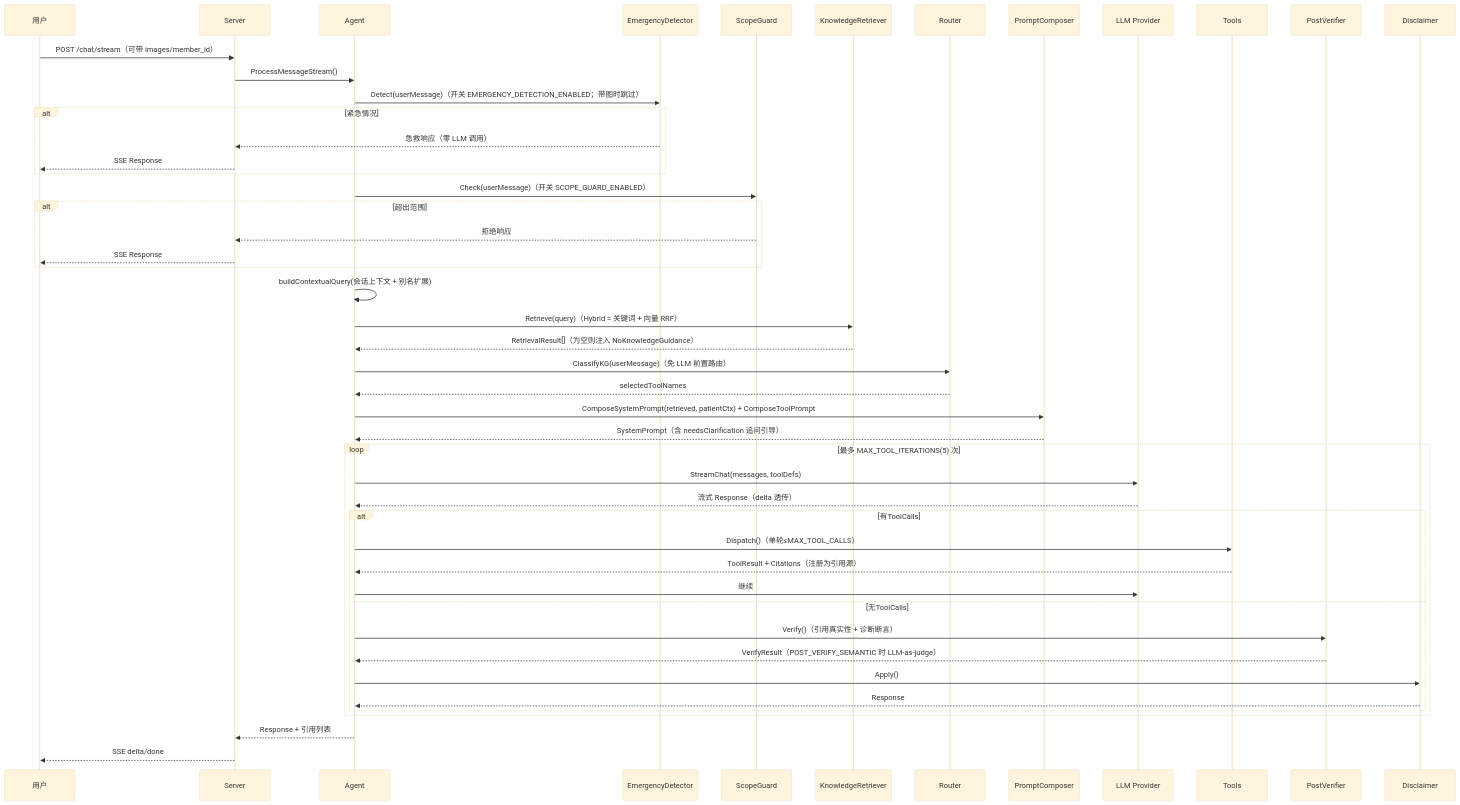
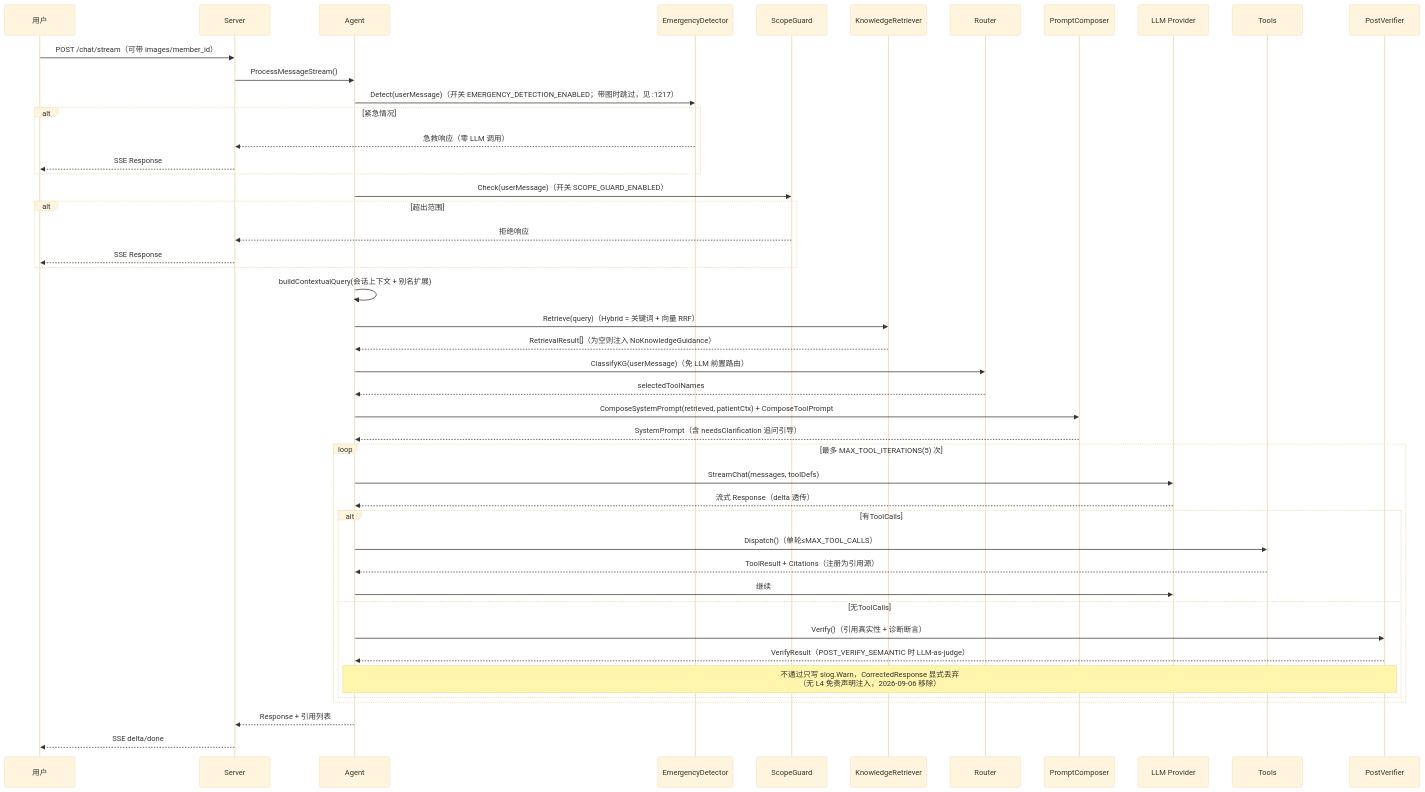
The seventh of 7 diagrams in docs/architecture.md (deep2code/doctor-agent), drawn with Mermaid (base theme) before and after one commit. The commit also changed other lines of this file and 22 other files, not shown here.

````diff
--- a/docs/architecture.md
+++ b/docs/architecture.md
@@ -275,58 +286,56 @@
 ```mermaid
 sequenceDiagram
     participant U as 用户
     participant S as Server
     participant A as Agent
     participant E as EmergencyDetector
     participant SC as ScopeGuard
     participant KR as KnowledgeRetriever
     participant R as Router
     participant PC as PromptComposer
     participant LLM as LLM Provider
     participant T as Tools
     participant PV as PostVerifier
-    participant D as Disclaimer
 
     U->>S: POST /chat/stream（可带 images/member_id）
     S->>A: ProcessMessageStream()
 
-    A->>E: Detect(userMessage)（开关 EMERGENCY_DETECTION_ENABLED；带图时跳过）
+    A->>E: Detect(userMessage)（开关 EMERGENCY_DETECTION_ENABLED；带图时跳过，见 :1217）
     alt 紧急情况
         E-->>S: 急救响应（零 LLM 调用）
         S-->>U: SSE Response
     end
 
     A->>SC: Check(userMessage)（开关 SCOPE_GUARD_ENABLED）
     alt 超出范围
         SC-->>S: 拒绝响应
         S-->>U: SSE Response
     end
 
     A->>A: buildContextualQuery(会话上下文 + 别名扩展)
     A->>KR: Retrieve(query)（Hybrid = 关键词 + 向量 RRF）
     KR-->>A: RetrievalResult[]（为空则注入 NoKnowledgeGuidance）
 
     A->>R: ClassifyKG(userMessage)（免 LLM 前置路由）
     R-->>A: selectedToolNames
     A->>PC: ComposeSystemPrompt(retrieved, patientCtx) + ComposeToolPrompt
     PC-->>A: SystemPrompt（含 needsClarification 追问引导）
 
     loop 最多 MAX_TOOL_ITERATIONS(5) 次
         A->>LLM: StreamChat(messages, toolDefs)
         LLM-->>A: 流式 Response（delta 透传）
 
         alt 有ToolCalls
             A->>T: Dispatch()（单轮≤MAX_TOOL_CALLS）
             T-->>A: ToolResult + Citations（注册为引用源）
             A->>LLM: 继续
         else 无ToolCalls
             A->>PV: Verify()（引用真实性 + 诊断断言）
             PV-->>A: VerifyResult（POST_VERIFY_SEMANTIC 时 LLM-as-judge）
-            A->>D: Apply()
-            D-->>A: Response
+            Note over A,PV: 不通过只写 slog.Warn，CorrectedResponse 显式丢弃<br/>（无 L4 免责声明注入，2026-09-06 移除）
         end
     end
 
     A-->>S: Response + 引用列表
     S-->>U: SSE delta/done
 ```
````
